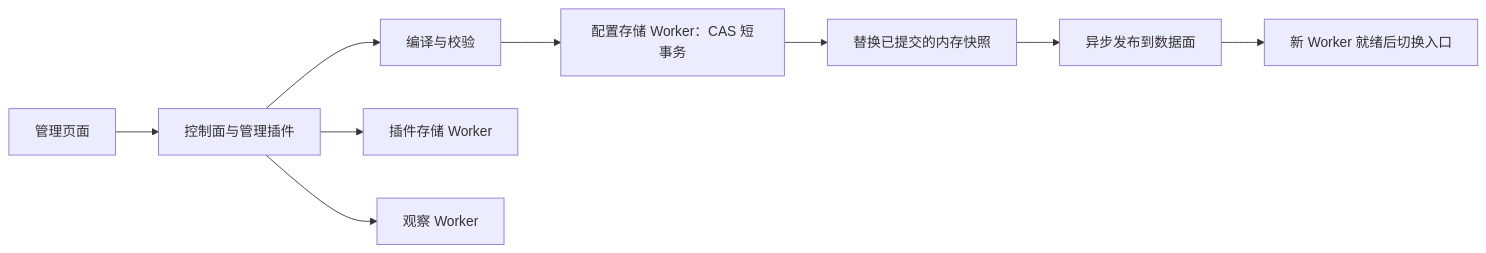
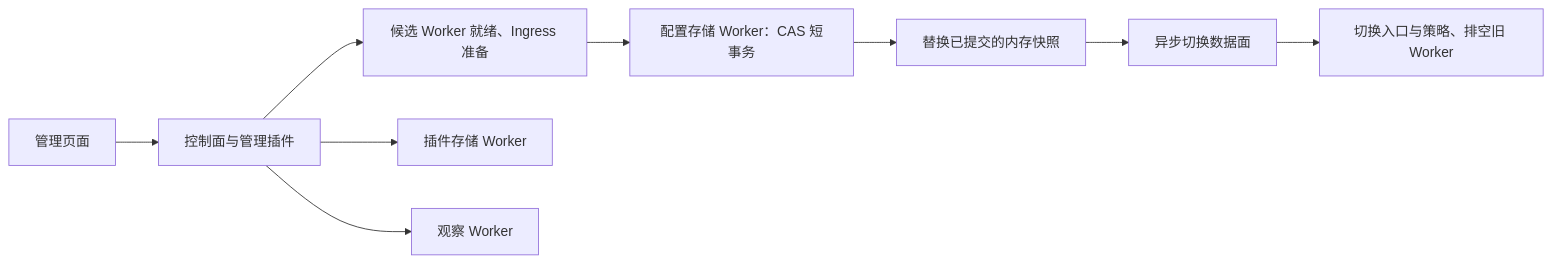
Before and after one commit to jeffusion/bungee: the diagram in docs/architecture/storage.md, drawn with Mermaid. The commit also changed other lines of this file and 78 other files, not shown here.

````diff
--- a/docs/architecture/storage.md
+++ b/docs/architecture/storage.md
@@ -14,11 +14,11 @@
 ```mermaid
 flowchart LR
   UI[管理页面] --> C[控制面与管理插件]
-  C --> V[编译与校验]
+  C --> V[候选 Worker 就绪、Ingress 准备]
   V --> S[配置存储 Worker：CAS 短事务]
   S --> M[替换已提交的内存快照]
-  M --> P[异步发布到数据面]
+  M --> P[异步切换数据面]
   C --> PS[插件存储 Worker]
   C --> OS[观察 Worker]
-  P --> W[新 Worker 就绪后切换入口]
+  P --> W[切换入口与策略、排空旧 Worker]
 ```
````
